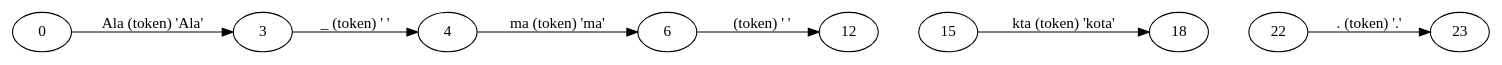
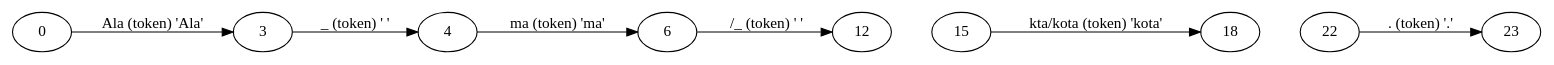
Before and after one commit to mareksz/psi-toolkit: the diagram in formats/gv/m/filter/pl_sample_nocomments.out.dot, drawn with Graphviz. The commit also changed 7 other files, not shown here.

```diff
--- a/formats/gv/m/filter/pl_sample_nocomments.out.dot
+++ b/formats/gv/m/filter/pl_sample_nocomments.out.dot
@@ -1,12 +1,12 @@
 digraph g {
 	graph [rankdir=LR];
 	node [label="\N"];
 	0 -> 3	 [label="Ala (token) 'Ala'"];
 	3 -> 4	 [label="_ (token) ' '"];
 	4 -> 6	 [label="ma (token) 'ma'"];
-	6 -> 12	 [label="&nbsp; (token) ' '"];
+	6 -> 12	 [label="&nbsp;/_ (token) ' '"];
 	12 -> 15	 [style=invis];
-	15 -> 18	 [label="kta (token) 'kota'"];
+	15 -> 18	 [label="kta/kota (token) 'kota'"];
 	18 -> 22	 [style=invis];
 	22 -> 23	 [label=". (token) '.'"];
 }
```
